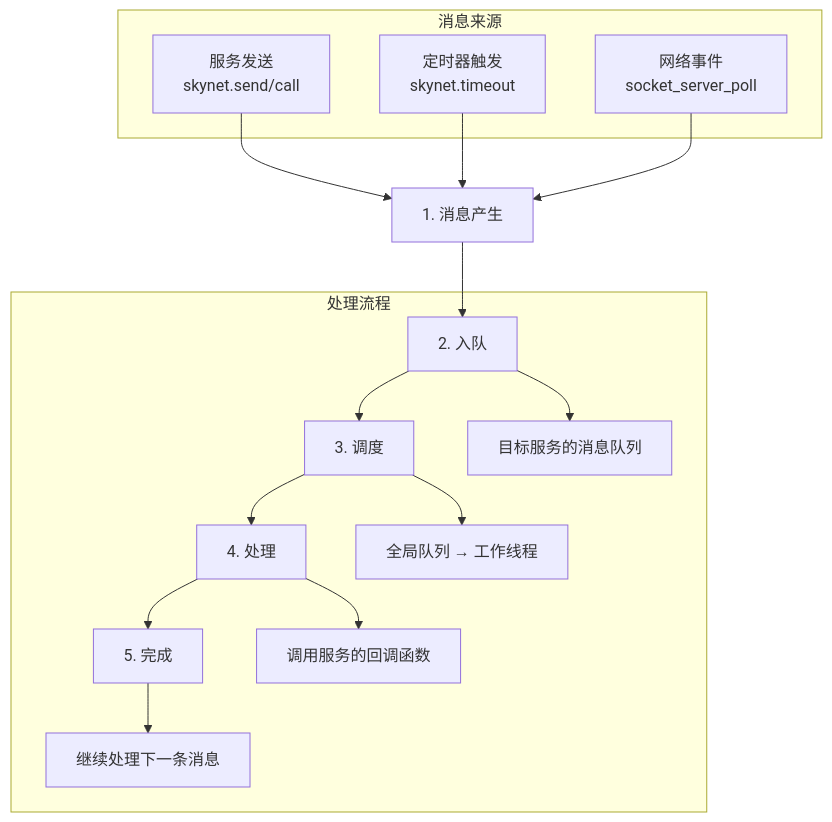
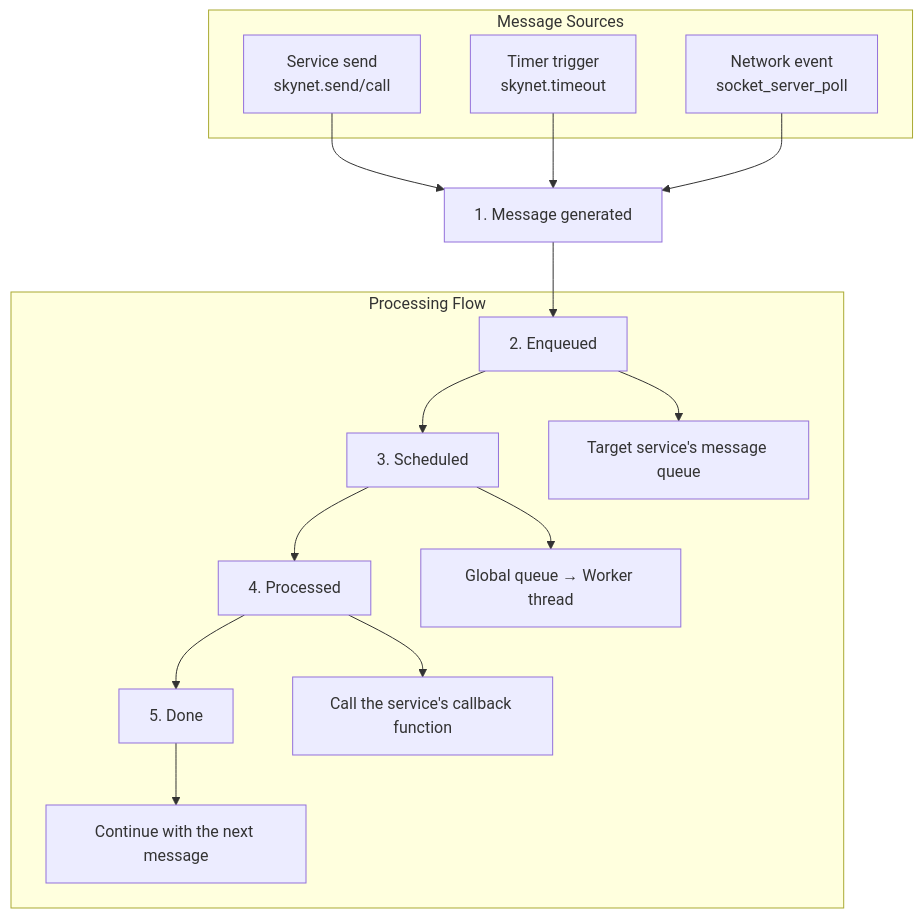
Before and after one commit to cuihairu/skynet: the sixth of 7 diagrams in docs/architecture/overview.md, drawn with Mermaid. The commit also changed other lines of this file and 86 other files, not shown here.

````diff
--- a/docs/architecture/overview.md
+++ b/docs/architecture/overview.md
@@ -253,24 +253,24 @@
 ```mermaid
 graph TB
-    A[1. 消息产生] --> B[2. 入队]
-    B --> C[3. 调度]
-    C --> D[4. 处理]
-    D --> E[5. 完成]
+    A[1. Message generated] --> B[2. Enqueued]
+    B --> C[3. Scheduled]
+    C --> D[4. Processed]
+    D --> E[5. Done]
     
-    subgraph 消息来源
-        A1[服务发送<br/>skynet.send/call]
-        A2[定时器触发<br/>skynet.timeout]
-        A3[网络事件<br/>socket_server_poll]
+    subgraph Message Sources
+        A1[Service send<br/>skynet.send/call]
+        A2[Timer trigger<br/>skynet.timeout]
+        A3[Network event<br/>socket_server_poll]
     end
     
     A1 --> A
     A2 --> A
     A3 --> A
     
-    subgraph 处理流程
-        B --> B1[目标服务的消息队列]
-        C --> C1[全局队列 → 工作线程]
-        D --> D1[调用服务的回调函数]
-        E --> E1[继续处理下一条消息]
+    subgraph Processing Flow
+        B --> B1[Target service's message queue]
+        C --> C1[Global queue → Worker thread]
+        D --> D1[Call the service's callback function]
+        E --> E1[Continue with the next message]
     end
 ```
````
